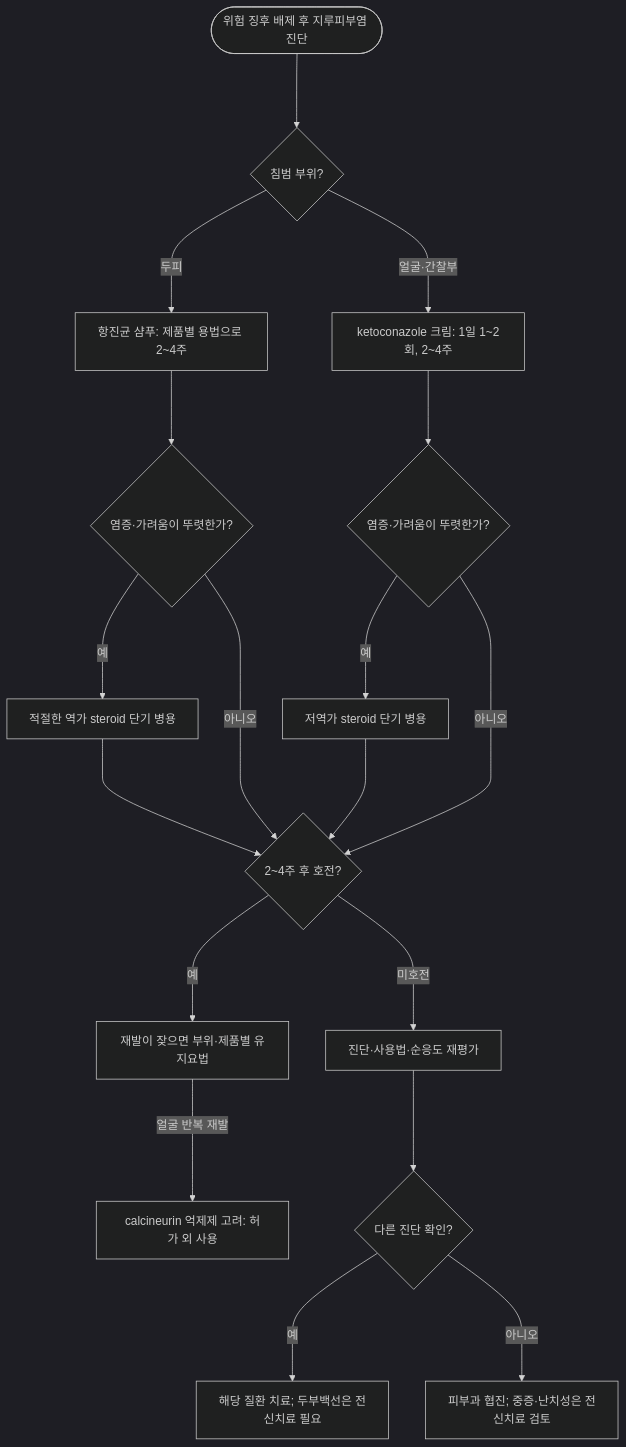
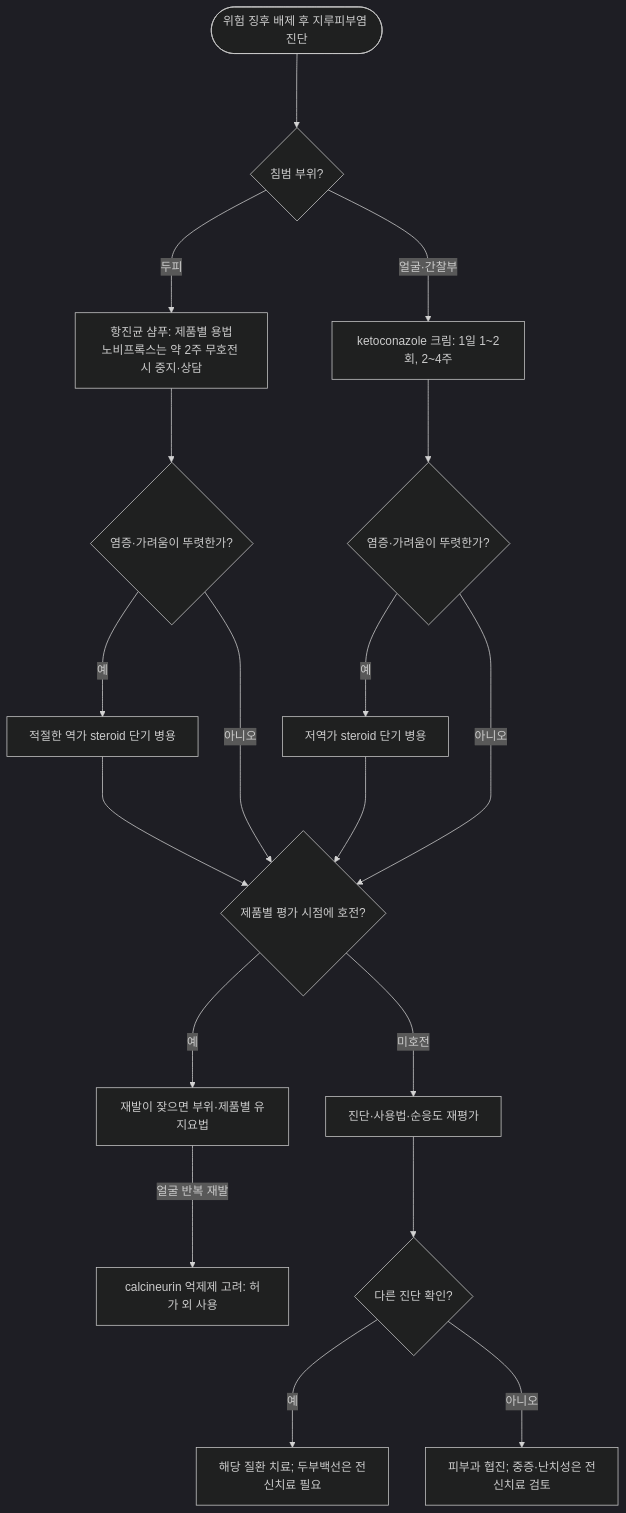
One commit to familyoh77/familyoh77 changed the diagram in 229_/162_-seborrheic-dermatitis.md. Above: the diagram before and after it, drawn with Mermaid (dark theme). The commit also changed other lines of this file and 16 other files, not shown here.

````diff
--- a/229_/162_-seborrheic-dermatitis.md
+++ b/229_/162_-seborrheic-dermatitis.md
@@ -77,20 +81,20 @@
 ```mermaid
 graph TD
     Start(["위험 징후 배제 후 지루피부염 진단"]) ---> Area{"침범 부위?"}
-    Area --->|두피| Scalp["항진균 샴푸: 제품별 용법으로 2~4주"]
+    Area --->|두피| Scalp["항진균 샴푸: 제품별 용법<br/>노비프록스는 약 2주 무호전 시 중지·상담"]
     Area --->|얼굴·간찰부| Face["ketoconazole 크림: 1일 1~2회, 2~4주"]
     Scalp ---> ScalpSev{"염증·가려움이 뚜렷한가?"}
     Face ---> FaceSev{"염증·가려움이 뚜렷한가?"}
     ScalpSev --->|예| ScalpAnti["적절한 역가 steroid 단기 병용"]
     FaceSev --->|예| FaceAnti["저역가 steroid 단기 병용"]
-    ScalpSev --->|아니오| Response{"2~4주 후 호전?"}
+    ScalpSev --->|아니오| Response{"제품별 평가 시점에 호전?"}
     FaceSev --->|아니오| Response
     ScalpAnti ---> Response
     FaceAnti ---> Response
     Response --->|예| Maintain["재발이 잦으면 부위·제품별 유지요법"]
     Response --->|미호전| Reassess["진단·사용법·순응도 재평가"]
     Reassess ---> OtherDx{"다른 진단 확인?"}
     OtherDx --->|예| OtherTx["해당 질환 치료; 두부백선은 전신치료 필요"]
     OtherDx --->|아니오| Derm["피부과 협진; 중증·난치성은 전신치료 검토"]
     Maintain --->|얼굴 반복 재발| Calcineurin["calcineurin 억제제 고려: 허가 외 사용"]
 ```
````
